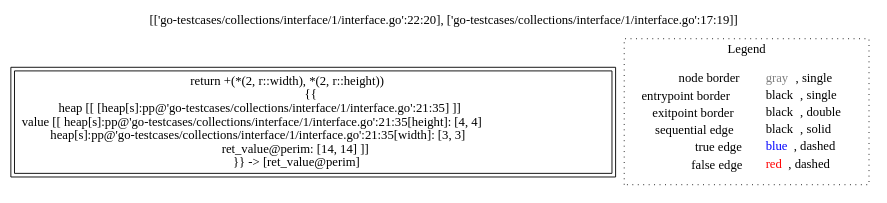
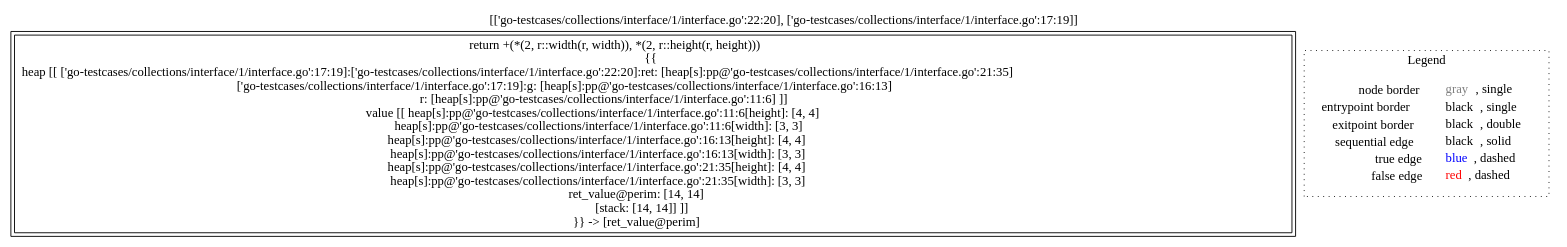
Before and after one commit to lisa-analyzer/go-lisa: the diagram in go-lisa/go-testcases/collections/interface/1/analysis___2048006874_int_rect.perim(rect_r).dot, drawn with Graphviz. The commit also changed 35 other files, not shown here.

Commit message:
Fix bug in GoPointBasedHeap (types of the fresh allocation sites). Fix and refactor tests on heaps and collections

```diff
--- a/go-lisa/go-testcases/collections/interface/1/analysis___2048006874_int_rect.perim(rect_r).dot
+++ b/go-lisa/go-testcases/collections/interface/1/analysis___2048006874_int_rect.perim(rect_r).dot
@@ -1,12 +1,12 @@
 digraph {
 	labelloc="t";
 	label="[['go-testcases/collections/interface/1/interface.go':22:20], ['go-testcases/collections/interface/1/interface.go':17:19]]";
-	"node0" [shape="rect",color="black",peripheries="2",label=<return +(*(2, r::width), *(2, r::height))<BR/>{{<BR/>heap [[ [heap[s]:pp@'go-testcases/collections/interface/1/interface.go':21:35] ]]<BR/>value [[ heap[s]:pp@'go-testcases/collections/interface/1/interface.go':21:35[height]: [4, 4]<BR/>heap[s]:pp@'go-testcases/collections/interface/1/interface.go':21:35[width]: [3, 3]<BR/>ret_value@perim: [14, 14] ]]<BR/>}} -&gt; [ret_value@perim]>];
+	"node0" [shape="rect",color="black",peripheries="2",label=<return +(*(2, r::width(r, width)), *(2, r::height(r, height)))<BR/>{{<BR/>heap [[ ['go-testcases/collections/interface/1/interface.go':17:19]:['go-testcases/collections/interface/1/interface.go':22:20]:ret: [heap[s]:pp@'go-testcases/collections/interface/1/interface.go':21:35]<BR/>['go-testcases/collections/interface/1/interface.go':17:19]:g: [heap[s]:pp@'go-testcases/collections/interface/1/interface.go':16:13]<BR/>r: [heap[s]:pp@'go-testcases/collections/interface/1/interface.go':11:6] ]]<BR/>value [[ heap[s]:pp@'go-testcases/collections/interface/1/interface.go':11:6[height]: [4, 4]<BR/>heap[s]:pp@'go-testcases/collections/interface/1/interface.go':11:6[width]: [3, 3]<BR/>heap[s]:pp@'go-testcases/collections/interface/1/interface.go':16:13[height]: [4, 4]<BR/>heap[s]:pp@'go-testcases/collections/interface/1/interface.go':16:13[width]: [3, 3]<BR/>heap[s]:pp@'go-testcases/collections/interface/1/interface.go':21:35[height]: [4, 4]<BR/>heap[s]:pp@'go-testcases/collections/interface/1/interface.go':21:35[width]: [3, 3]<BR/>ret_value@perim: [14, 14]<BR/>[stack: [14, 14]] ]]<BR/>}} -&gt; [ret_value@perim]>];
 subgraph cluster_legend {
 	label="Legend";
 	style=dotted;
 	node [shape=plaintext];
 	"legend" [label=<<table border="0" cellpadding="2" cellspacing="0" cellborder="0"><tr><td align="right">node border&nbsp;</td><td align="left"><font color="gray">gray</font>, single</td></tr><tr><td align="right">entrypoint border&nbsp;</td><td align="left"><font color="black">black</font>, single</td></tr><tr><td align="right">exitpoint border&nbsp;</td><td align="left"><font color="black">black</font>, double</td></tr><tr><td align="right">sequential edge&nbsp;</td><td align="left"><font color="black">black</font>, solid</td></tr><tr><td align="right">true edge&nbsp;</td><td align="left"><font color="blue">blue</font>, dashed</td></tr><tr><td align="right">false edge&nbsp;</td><td align="left"><font color="red">red</font>, dashed</td></tr></table>>];
 }
 
 }
```
